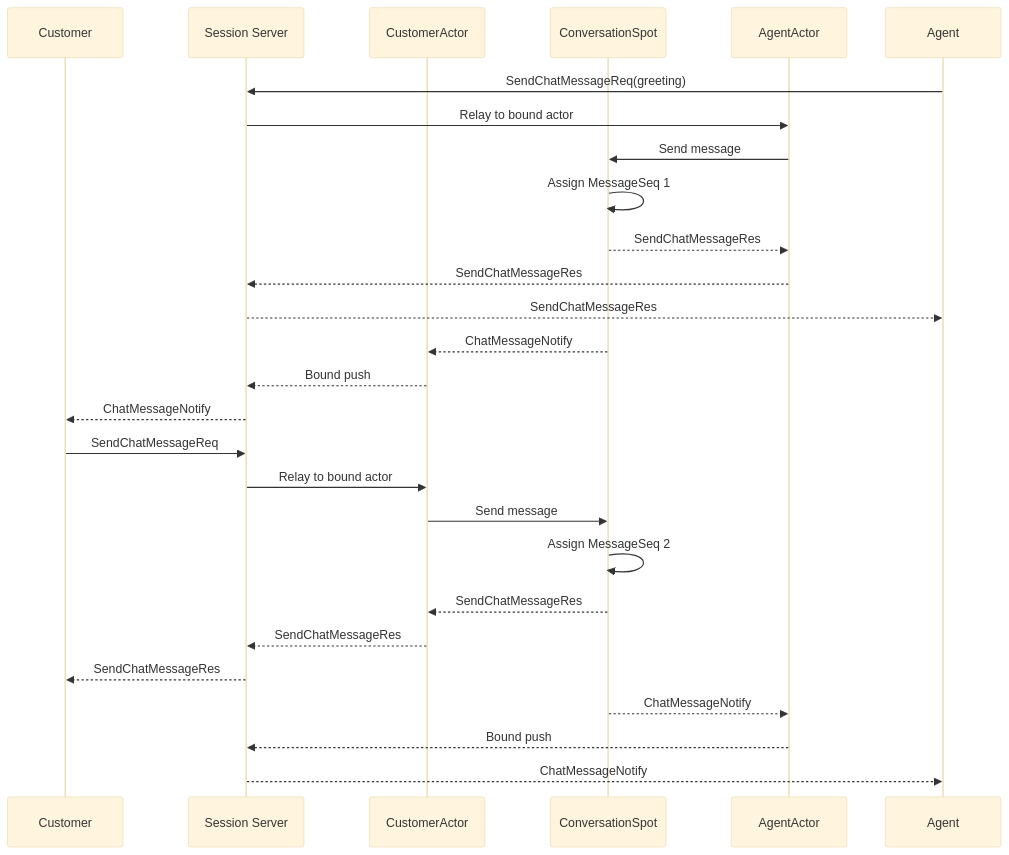
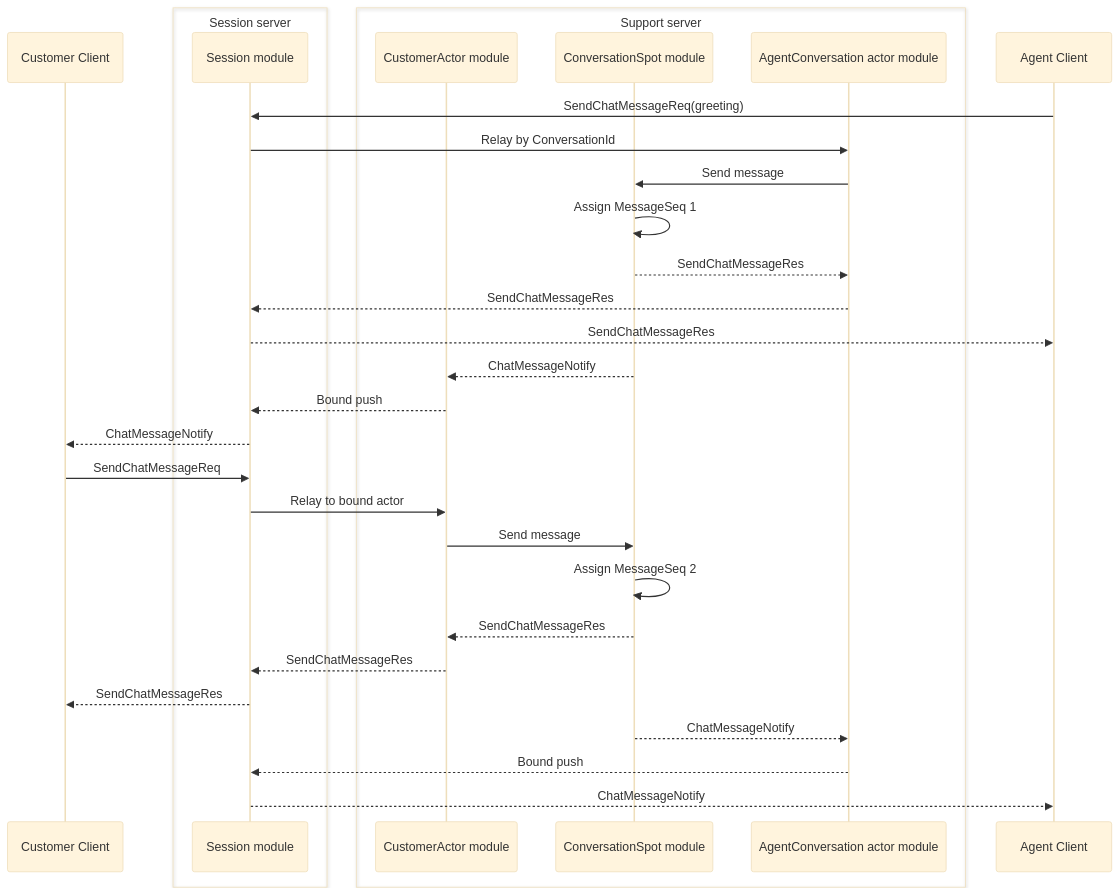
One commit to kairos-code-dev/zlink changed the fourth of 9 diagrams in framework/doc/framework/common/sample/supportchat/README.ko.md. Above: the diagram before and after it, drawn with Mermaid (base theme). The commit also changed other lines of this file and 182 other files, not shown here.

````diff
--- a/framework/doc/framework/common/sample/supportchat/README.ko.md
+++ b/framework/doc/framework/common/sample/supportchat/README.ko.md
@@ -624,30 +727,37 @@
 ```mermaid
 sequenceDiagram
-    participant C as Customer
-    participant S as Session Server
-    participant CA as CustomerActor
-    participant R as ConversationSpot
-    participant AA as AgentActor
-    participant A as Agent
+    participant C as Customer Client
+
+    box Session server
+        participant S as Session module
+    end
+
+    box Support server
+        participant CA as CustomerActor module
+        participant R as ConversationSpot module
+        participant AA as AgentConversation actor module
+    end
+
+    participant A as Agent Client
 
     A->>S: SendChatMessageReq(greeting)
-    S->>AA: Relay to bound actor
+    S->>AA: Relay by ConversationId
     AA->>R: Send message
     R->>R: Assign MessageSeq 1
     R-->>AA: SendChatMessageRes
     AA-->>S: SendChatMessageRes
     S-->>A: SendChatMessageRes
     R-->>CA: ChatMessageNotify
     CA-->>S: Bound push
     S-->>C: ChatMessageNotify
     C->>S: SendChatMessageReq
     S->>CA: Relay to bound actor
     CA->>R: Send message
     R->>R: Assign MessageSeq 2
     R-->>CA: SendChatMessageRes
     CA-->>S: SendChatMessageRes
     S-->>C: SendChatMessageRes
     R-->>AA: ChatMessageNotify
     AA-->>S: Bound push
     S-->>A: ChatMessageNotify
 ```
````
